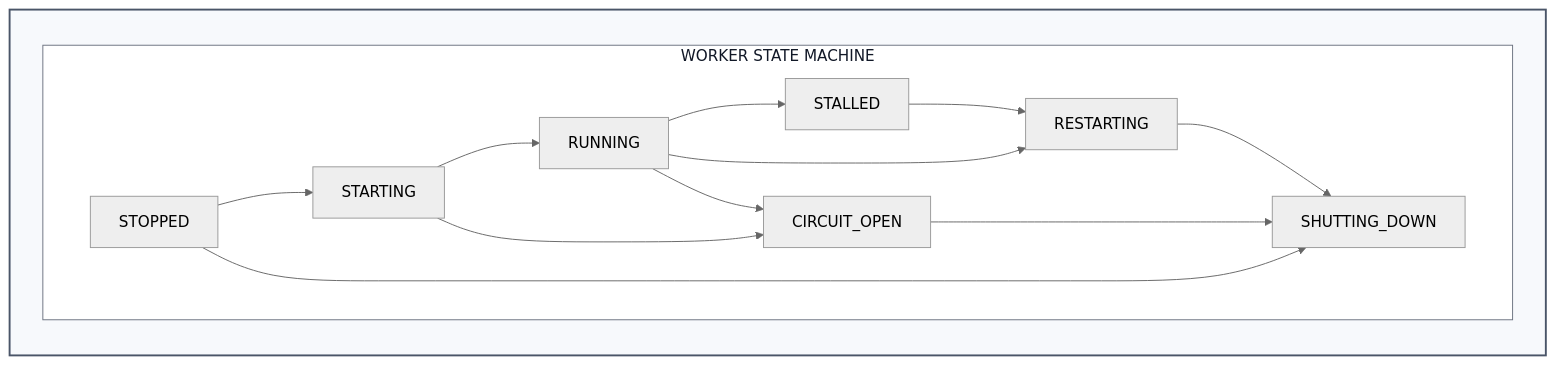
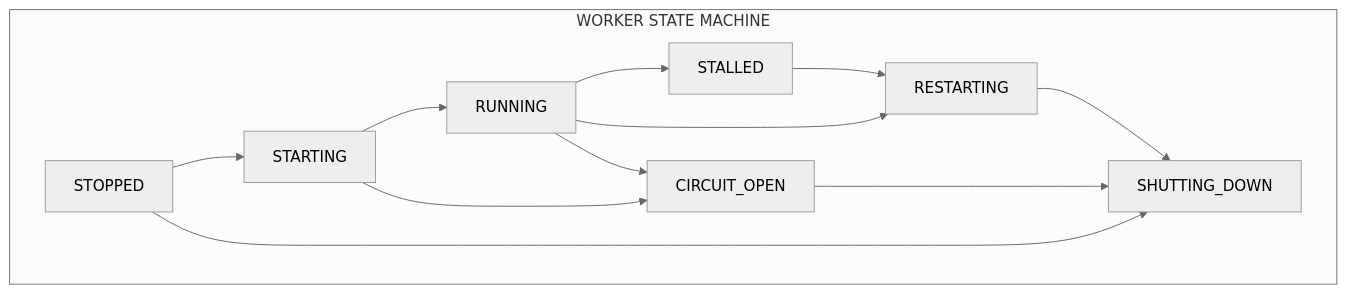
One commit to intel-retail/order-accuracy changed the fourth of 5 diagrams in docs/user-guide/take-away/how-it-works.md. Above: the diagram before and after it, drawn with Mermaid (neutral theme). The commit also changed other lines of this file and 7 other files, not shown here.

Commit message:
[DOCS][Take-Away] Update ASCII diagrams to SVG or Mermaid

````diff
--- a/docs/user-guide/take-away/how-it-works.md
+++ b/docs/user-guide/take-away/how-it-works.md
@@ -336,21 +245,15 @@
 ```mermaid
 flowchart LR
-  subgraph OUTER[ ]
-    direction TB
 
-    subgraph INNER[WORKER STATE MACHINE]
-      direction LR
-      STOPPED[STOPPED] --> STARTING[STARTING] --> RUNNING[RUNNING] --> STALLED[STALLED]
-      RUNNING --> RESTARTING[RESTARTING]
-      RUNNING --> CIRCUIT_OPEN[CIRCUIT_OPEN]
-      STARTING --> CIRCUIT_OPEN
-      STALLED --> RESTARTING
-      STOPPED --> SHUTTING_DOWN[SHUTTING_DOWN]
-      CIRCUIT_OPEN --> SHUTTING_DOWN
-      RESTARTING --> SHUTTING_DOWN
-    end
+  subgraph INNER[WORKER STATE MACHINE]
+    direction LR
+    STOPPED[STOPPED] --> STARTING[STARTING] --> RUNNING[RUNNING] --> STALLED[STALLED]
+    RUNNING --> RESTARTING[RESTARTING]
+    RUNNING --> CIRCUIT_OPEN[CIRCUIT_OPEN]
+    STARTING --> CIRCUIT_OPEN
+    STALLED --> RESTARTING
+    STOPPED --> SHUTTING_DOWN[SHUTTING_DOWN]
+    CIRCUIT_OPEN --> SHUTTING_DOWN
+    RESTARTING --> SHUTTING_DOWN
   end
-
-  style OUTER fill:#f7f9fc,stroke:#4a5568,stroke-width:2px,color:#111827
-  style INNER fill:#ffffff,stroke:#6b7280,stroke-width:1px,color:#111827
 ```
````
